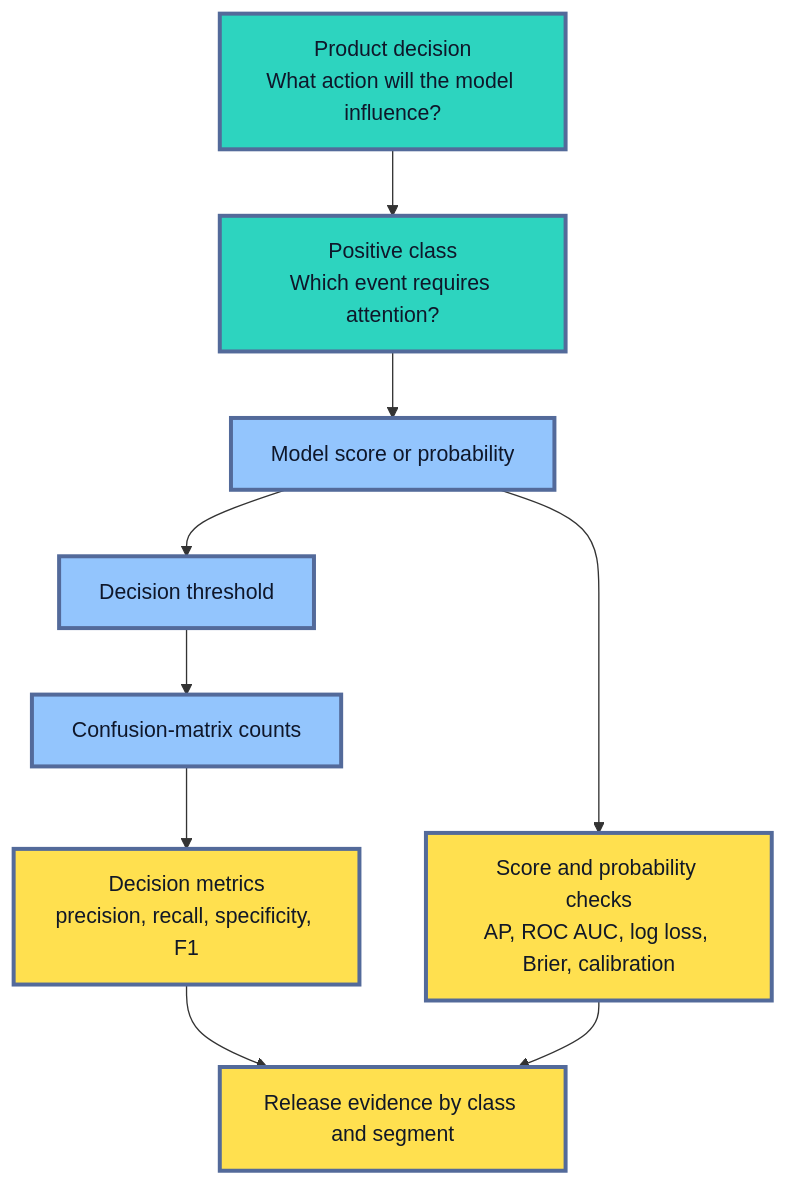
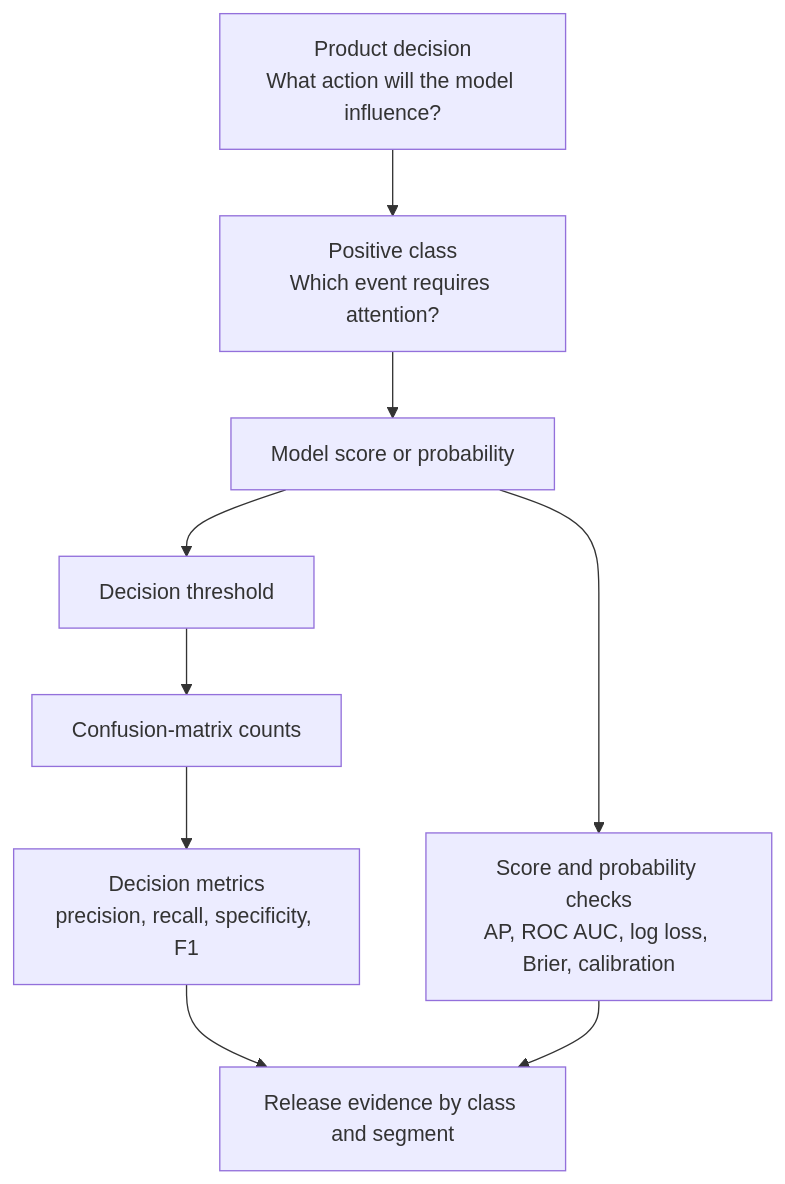
One commit to senlinyy/dev-roadmaps changed the first of 8 diagrams in roadmaps/mlops/modules/model-evaluation/offline-evaluation/02-classification-metrics.md. Above: the diagram before and after it, drawn with Mermaid. The commit also changed other lines of this file and 152 other files, not shown here.

Commit message:
feat: mlops and diagrams updated

````diff
--- a/roadmaps/mlops/modules/model-evaluation/offline-evaluation/02-classification-metrics.md
+++ b/roadmaps/mlops/modules/model-evaluation/offline-evaluation/02-classification-metrics.md
@@ -41,11 +41,9 @@
 ```mermaid
 flowchart TD
     D["Product decision<br/>What action will the model influence?"] --> P["Positive class<br/>Which event requires attention?"] --> S["Model score or probability"] --> T["Decision threshold"] --> C["Confusion-matrix counts"] --> M["Decision metrics<br/>precision, recall, specificity, F1"] --> R["Release evidence by class and segment"]
     S --> Q["Score and probability checks<br/>AP, ROC AUC, log loss, Brier, calibration"] --> R
-    classDef context fill:#2DD4BF,stroke:#536A9A,stroke-width:3px,color:#0F172A
-    classDef mechanism fill:#93C5FD,stroke:#536A9A,stroke-width:3px,color:#0F172A
-    classDef evidence fill:#FFE04F,stroke:#536A9A,stroke-width:3px,color:#111827
+
     class D,P context
     class S,T,C mechanism
     class M,Q,R evidence
 ```
````
